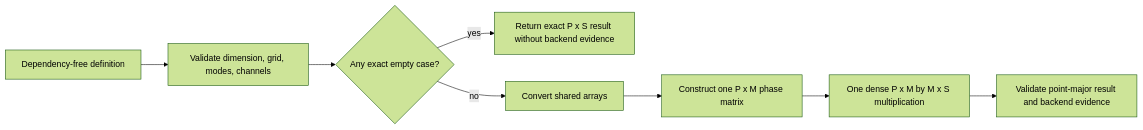
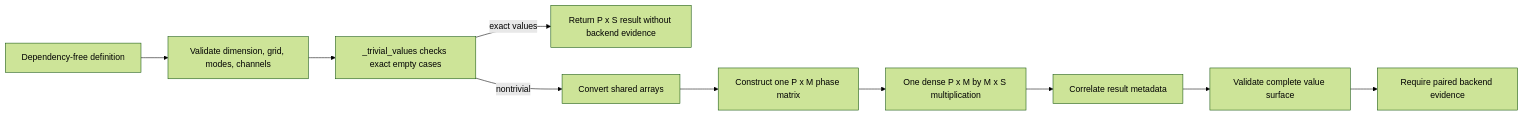
The first of 3 diagrams in docs/architecture/projectkoios/numerics/finite_periodic/batched_finite_series/schematics.md (eragasa/projectkoios-optimization), drawn with Mermaid (forest theme) before and after one commit. The commit also changed 8 other files, not shown here.

````diff
--- a/docs/architecture/projectkoios/numerics/finite_periodic/batched_finite_series/schematics.md
+++ b/docs/architecture/projectkoios/numerics/finite_periodic/batched_finite_series/schematics.md
@@ -18,10 +18,12 @@
 ```mermaid
 flowchart LR
     D[Dependency-free definition] --> V[Validate dimension, grid, modes, channels]
-    V --> E{Any exact empty case?}
-    E -->|yes| Z[Return exact P x S result without backend evidence]
-    E -->|no| A[Convert shared arrays]
+    V --> E[_trivial_values checks exact empty cases]
+    E -->|exact values| Z[Return P x S result without backend evidence]
+    E -->|nontrivial| A[Convert shared arrays]
     A --> P[Construct one P x M phase matrix]
     P --> M[One dense P x M by M x S multiplication]
-    M --> R[Validate point-major result and backend evidence]
+    M --> S[Correlate result metadata]
+    S --> R[Validate complete value surface]
+    R --> B[Require paired backend evidence]
 ```
````
